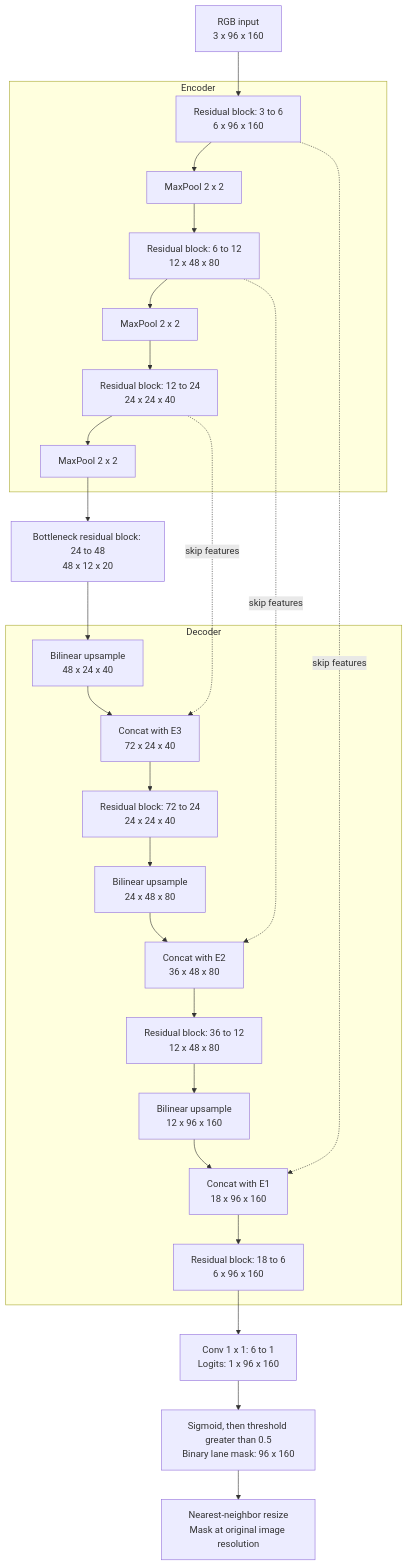
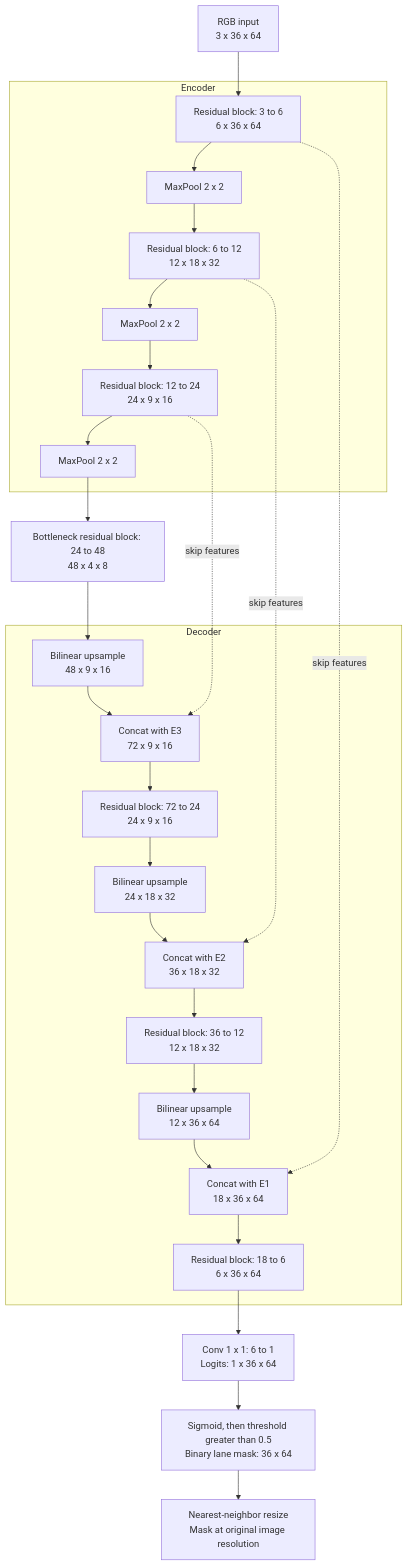
One commit to jkznx/custom-neural-network changed the diagram in README.md. Above: the diagram before and after it, drawn with Mermaid. The commit also changed other lines of this file and 24 other files, not shown here.

````diff
--- a/README.md
+++ b/README.md
@@ -36,40 +11,40 @@
 ```mermaid
 flowchart TD
-    INPUT["RGB input<br/>3 x 96 x 160"]
+    INPUT["RGB input<br/>3 x 36 x 64"]
 
     subgraph ENC["Encoder"]
-        E1["Residual block: 3 to 6<br/>6 x 96 x 160"]
+        E1["Residual block: 3 to 6<br/>6 x 36 x 64"]
         P1["MaxPool 2 x 2"]
-        E2["Residual block: 6 to 12<br/>12 x 48 x 80"]
+        E2["Residual block: 6 to 12<br/>12 x 18 x 32"]
         P2["MaxPool 2 x 2"]
-        E3["Residual block: 12 to 24<br/>24 x 24 x 40"]
+        E3["Residual block: 12 to 24<br/>24 x 9 x 16"]
         P3["MaxPool 2 x 2"]
         E1 --> P1 --> E2 --> P2 --> E3 --> P3
     end
 
-    BRIDGE["Bottleneck residual block: 24 to 48<br/>48 x 12 x 20"]
+    BRIDGE["Bottleneck residual block: 24 to 48<br/>48 x 4 x 8"]
 
     subgraph DEC["Decoder"]
-        U3["Bilinear upsample<br/>48 x 24 x 40"]
-        C3["Concat with E3<br/>72 x 24 x 40"]
-        D3["Residual block: 72 to 24<br/>24 x 24 x 40"]
-        U2["Bilinear upsample<br/>24 x 48 x 80"]
-        C2["Concat with E2<br/>36 x 48 x 80"]
-        D2["Residual block: 36 to 12<br/>12 x 48 x 80"]
-        U1["Bilinear upsample<br/>12 x 96 x 160"]
-        C1["Concat with E1<br/>18 x 96 x 160"]
-        D1["Residual block: 18 to 6<br/>6 x 96 x 160"]
+        U3["Bilinear upsample<br/>48 x 9 x 16"]
+        C3["Concat with E3<br/>72 x 9 x 16"]
+        D3["Residual block: 72 to 24<br/>24 x 9 x 16"]
+        U2["Bilinear upsample<br/>24 x 18 x 32"]
+        C2["Concat with E2<br/>36 x 18 x 32"]
+        D2["Residual block: 36 to 12<br/>12 x 18 x 32"]
+        U1["Bilinear upsample<br/>12 x 36 x 64"]
+        C1["Concat with E1<br/>18 x 36 x 64"]
+        D1["Residual block: 18 to 6<br/>6 x 36 x 64"]
         U3 --> C3 --> D3 --> U2 --> C2 --> D2 --> U1 --> C1 --> D1
     end
 
-    HEAD["Conv 1 x 1: 6 to 1<br/>Logits: 1 x 96 x 160"]
-    MASK["Sigmoid, then threshold greater than 0.5<br/>Binary lane mask: 96 x 160"]
+    HEAD["Conv 1 x 1: 6 to 1<br/>Logits: 1 x 36 x 64"]
+    MASK["Sigmoid, then threshold greater than 0.5<br/>Binary lane mask: 36 x 64"]
     NATIVE["Nearest-neighbor resize<br/>Mask at original image resolution"]
 
     INPUT --> E1
     P3 --> BRIDGE --> U3
     E3 -. "skip features" .-> C3
     E2 -. "skip features" .-> C2
     E1 -. "skip features" .-> C1
     D1 --> HEAD --> MASK --> NATIVE
 ```
````
